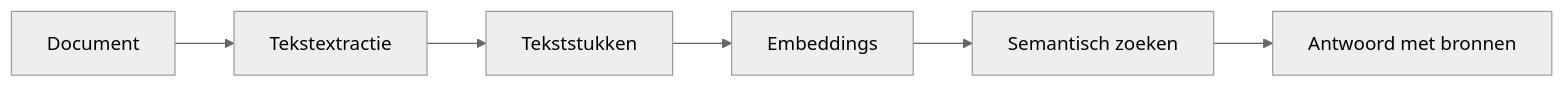
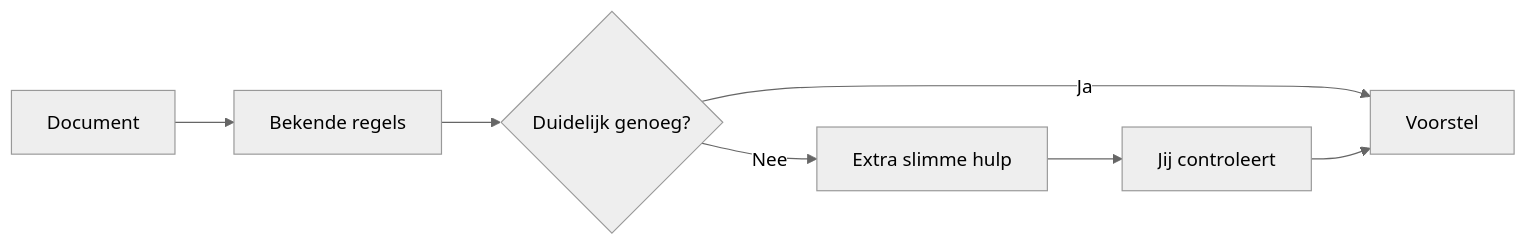
Before and after one commit to hugcoding/core-platform: the fifth of 7 diagrams in docs/wiki/core-in-gewone-taal.md, drawn with Mermaid (neutral theme). The commit also changed other lines of this file, not shown here.

````diff
--- a/docs/wiki/core-in-gewone-taal.md
+++ b/docs/wiki/core-in-gewone-taal.md
@@ -123,8 +90,9 @@
 ```mermaid
 flowchart LR
-    A["Document"] --> B["Tekstextractie"]
-    B --> C["Tekststukken"]
-    C --> D["Embeddings"]
-    D --> E["Semantisch zoeken"]
-    E --> F["Antwoord met bronnen"]
+    A["Document"] --> B["Bekende regels"]
+    B --> C{"Duidelijk genoeg?"}
+    C -->|Ja| D["Voorstel"]
+    C -->|Nee| E["Extra slimme hulp"]
+    E --> F["Jij controleert"]
+    F --> D
 ```
````
